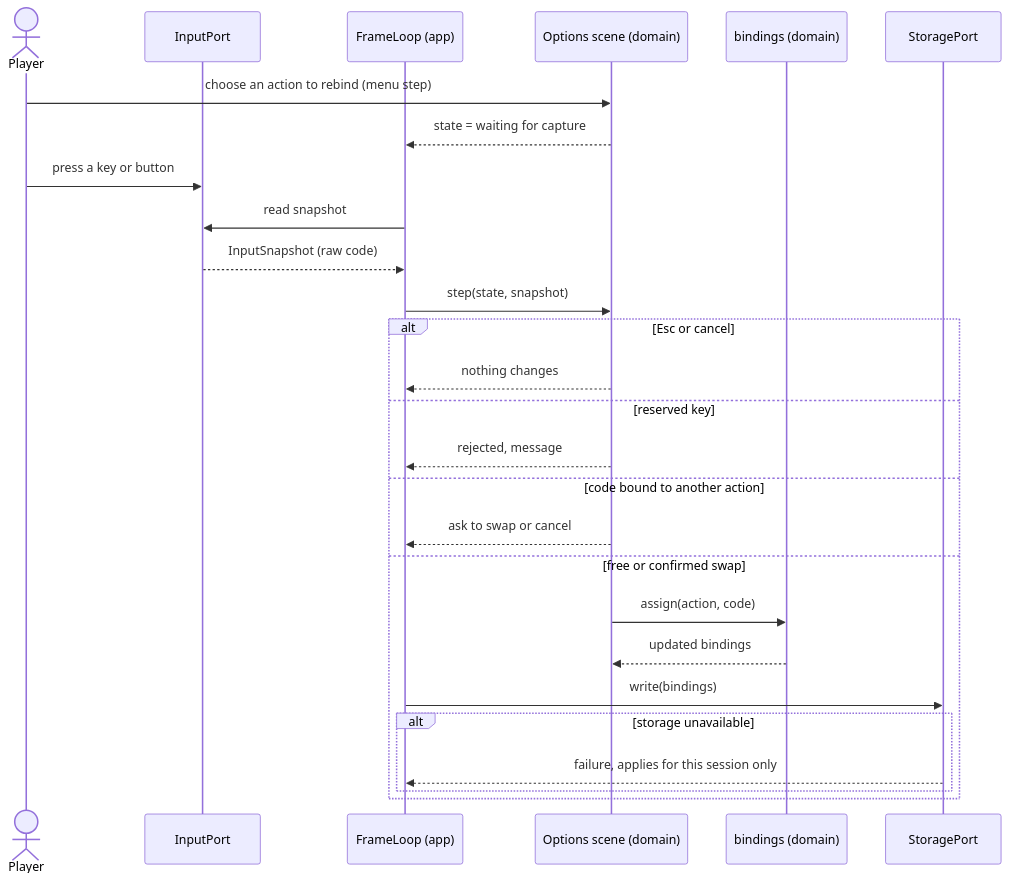
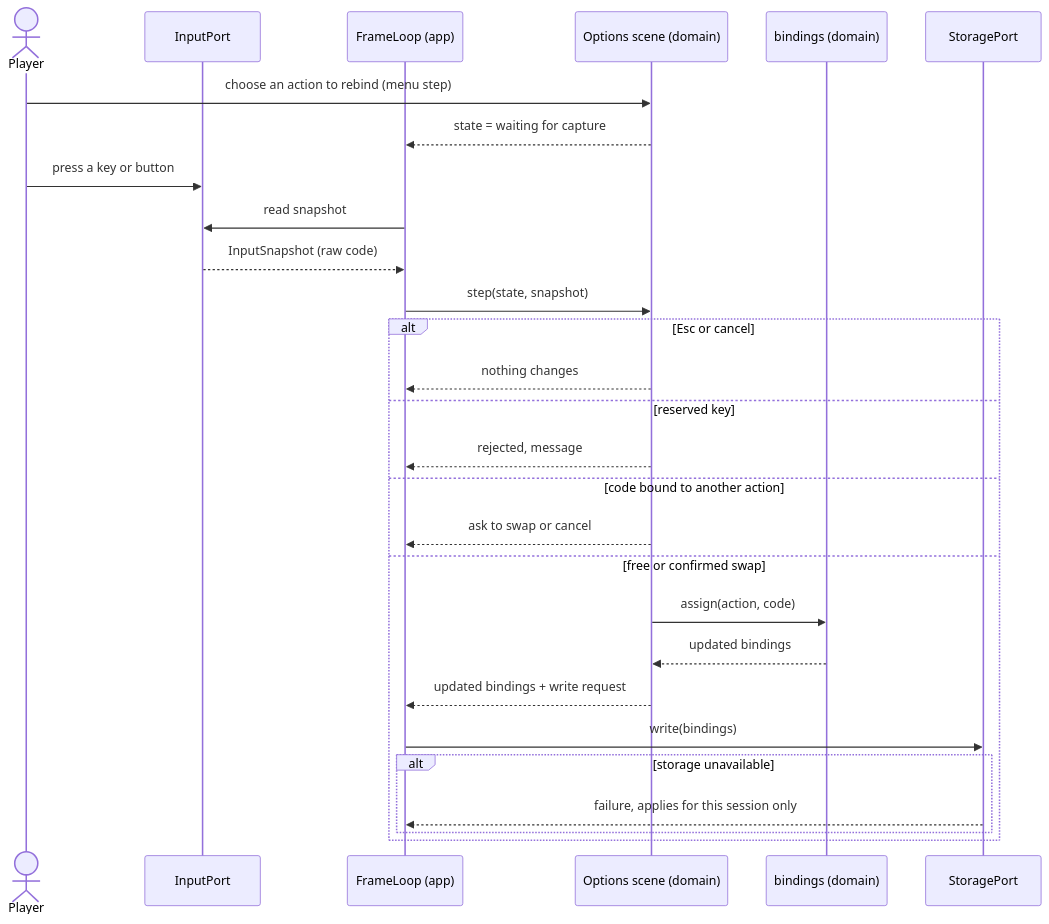
Before and after one commit to benoit-bremaud/retro-plumber: the diagram in docs/architecture/diagrams/meta/08-sequence-rebind.md, drawn with Mermaid. The commit also changed 1 other file, not shown here.

Commit message:
docs(uml): return bindings to the frame loop; keep options entry point open

````diff
--- a/docs/architecture/diagrams/meta/08-sequence-rebind.md
+++ b/docs/architecture/diagrams/meta/08-sequence-rebind.md
@@ -12,29 +12,30 @@
 ```mermaid
 sequenceDiagram
     actor P as Player
     participant In as InputPort
     participant FL as FrameLoop (app)
     participant Scene as Options scene (domain)
     participant Bind as bindings (domain)
     participant Store as StoragePort
     P->>Scene: choose an action to rebind (menu step)
     Scene-->>FL: state = waiting for capture
     P->>In: press a key or button
     FL->>In: read snapshot
     In-->>FL: InputSnapshot (raw code)
     FL->>Scene: step(state, snapshot)
     alt Esc or cancel
         Scene-->>FL: nothing changes
     else reserved key
         Scene-->>FL: rejected, message
     else code bound to another action
         Scene-->>FL: ask to swap or cancel
     else free or confirmed swap
         Scene->>Bind: assign(action, code)
         Bind-->>Scene: updated bindings
+        Scene-->>FL: updated bindings + write request
         FL->>Store: write(bindings)
         alt storage unavailable
             Store-->>FL: failure, applies for this session only
         end
     end
 ```
````
